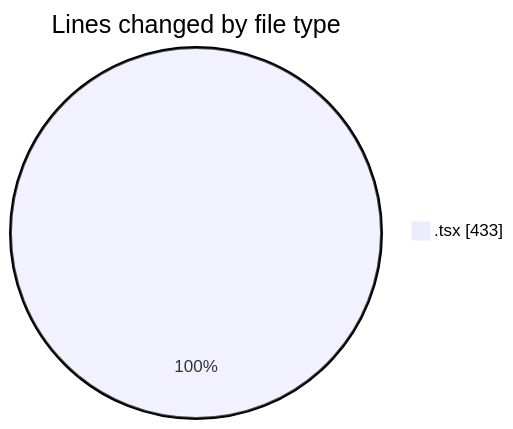
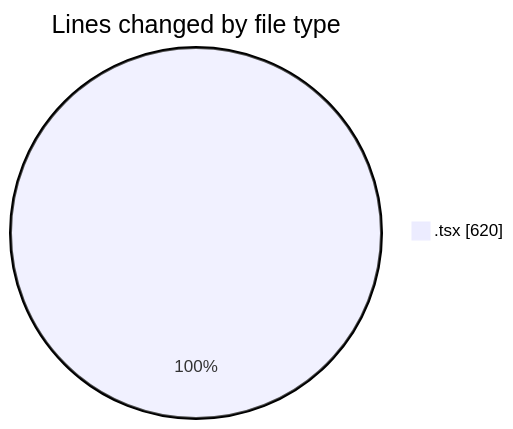
The first of 2 diagrams in 2025-05-28/kimberly-groups/README.md (JenPaints/code-tracking), drawn with Mermaid before and after one commit. The commit also changed other lines of this file and 1 other file, not shown here.

````diff
--- a/2025-05-28/kimberly-groups/README.md
+++ b/2025-05-28/kimberly-groups/README.md
@@ -24,5 +24,5 @@
 ```mermaid
 pie showData
 title Lines changed by file type
-".tsx" : 433
+".tsx" : 620
 ```
````
